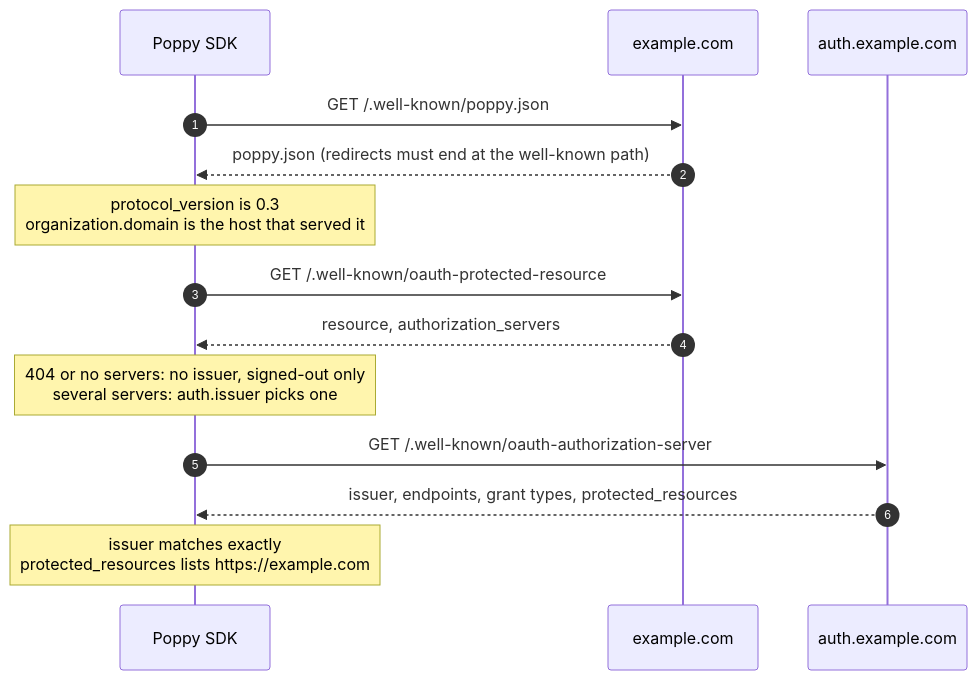
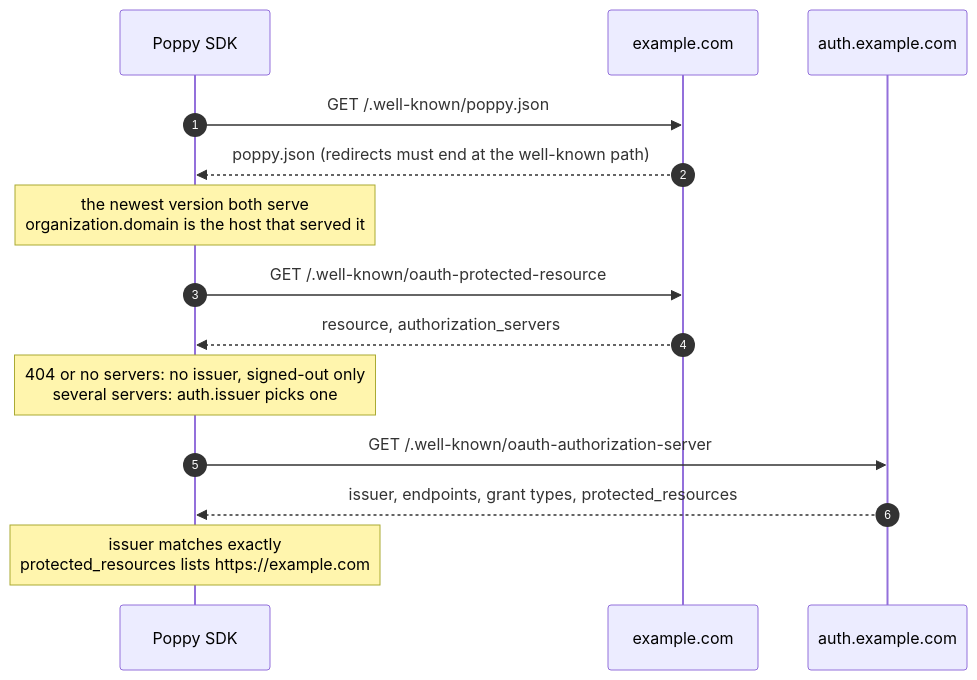
The second of 9 diagrams in docs/how-it-works.md (descope/poppy-js), drawn with Mermaid before and after one commit. The commit also changed other lines of this file and 30 other files, not shown here.

````diff
--- a/docs/how-it-works.md
+++ b/docs/how-it-works.md
@@ -39,17 +39,17 @@
 ```mermaid
 sequenceDiagram
     autonumber
     participant SDK as Poppy SDK
     participant Domain as example.com
     participant Issuer as auth.example.com
 
     SDK->>Domain: GET /.well-known/poppy.json
     Domain-->>SDK: poppy.json (redirects must end at the well-known path)
-    Note over SDK: protocol_version is 0.3<br/>organization.domain is the host that served it
+    Note over SDK: the newest version both serve<br/>organization.domain is the host that served it
     SDK->>Domain: GET /.well-known/oauth-protected-resource
     Domain-->>SDK: resource, authorization_servers
     Note over SDK: 404 or no servers: no issuer, signed-out only<br/>several servers: auth.issuer picks one
     SDK->>Issuer: GET /.well-known/oauth-authorization-server
     Issuer-->>SDK: issuer, endpoints, grant types, protected_resources
     Note over SDK: issuer matches exactly<br/>protected_resources lists https://example.com
 ```
````
